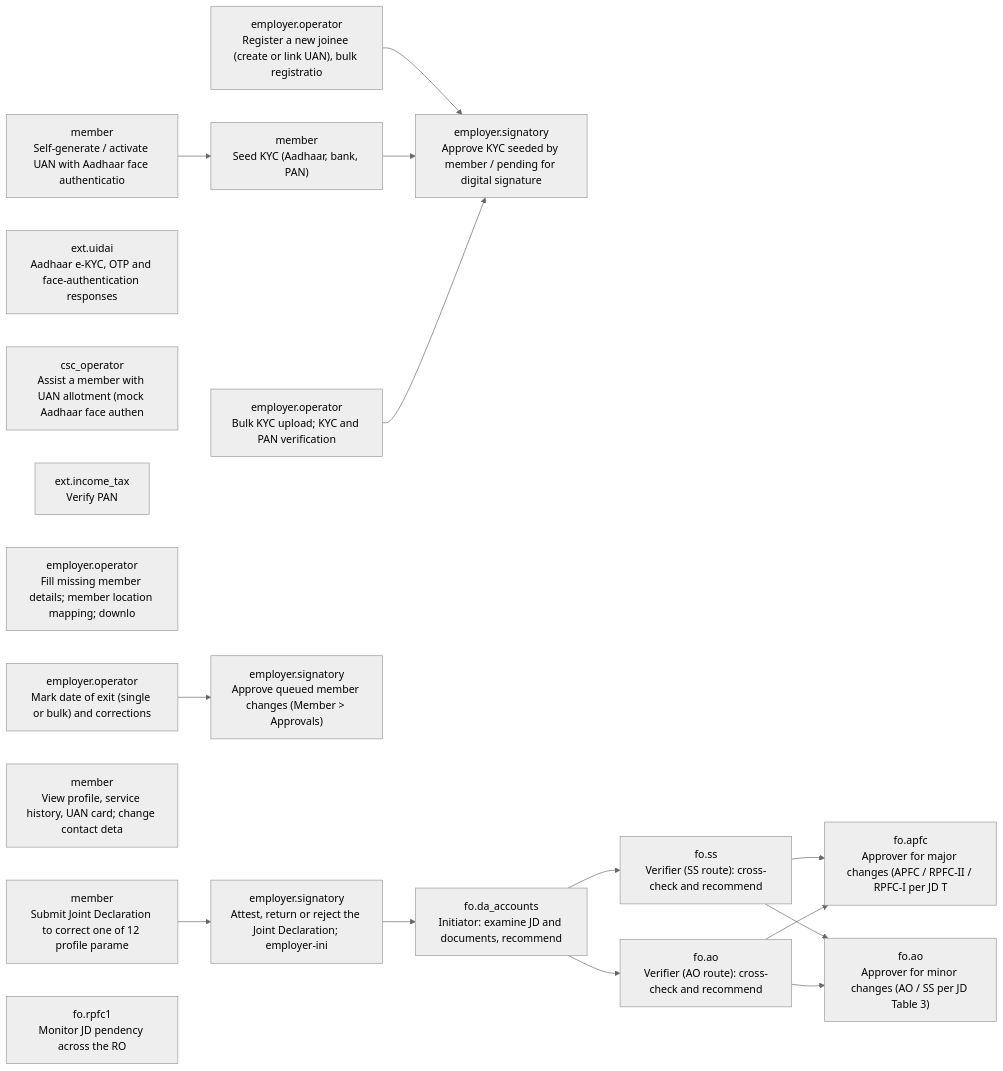
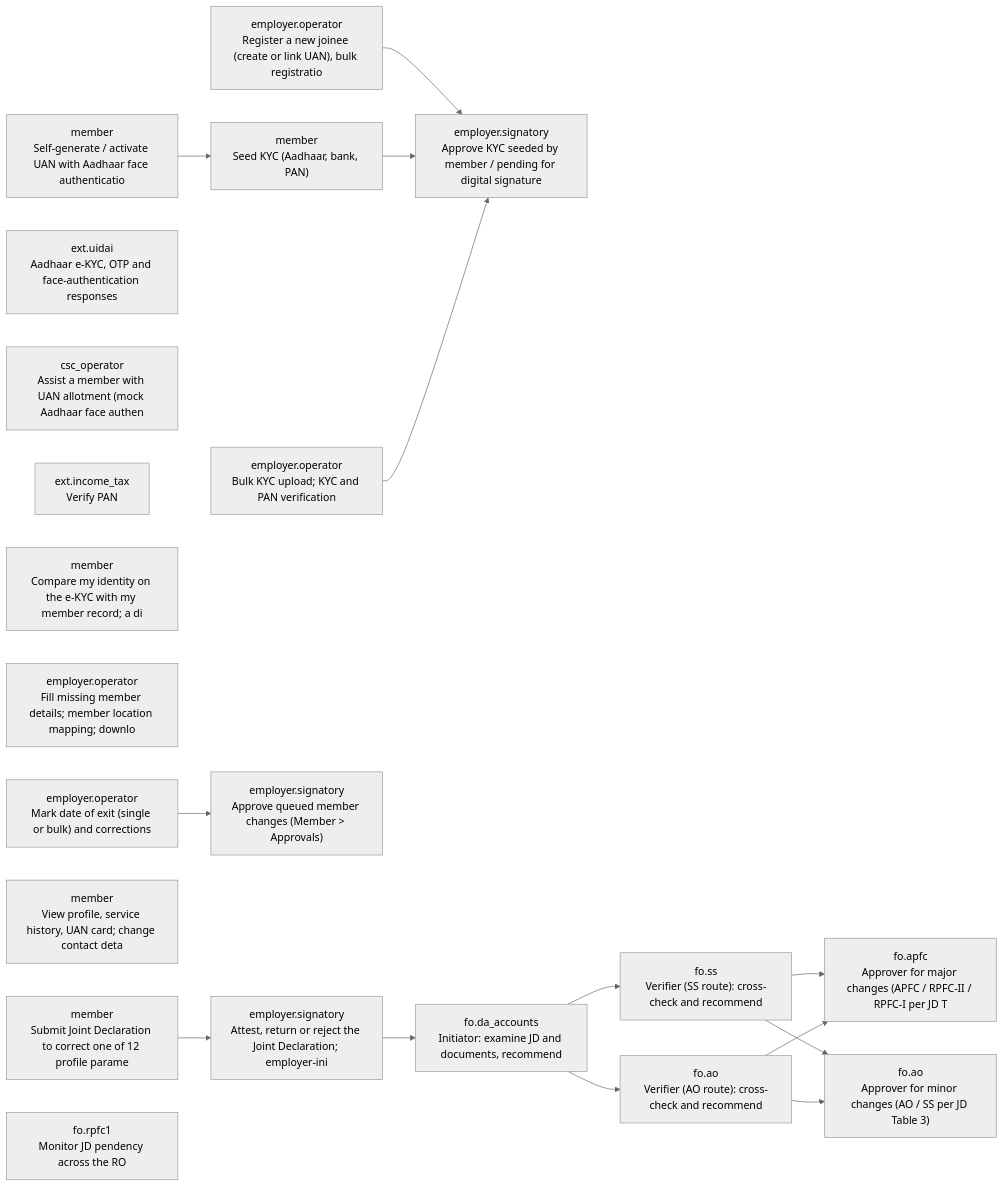
The second of 14 diagrams in docs/stakeholder-api-sets.md (gauravmeena0708/pf-life), drawn with Mermaid (neutral theme) before and after one commit. The commit also changed other lines of this file and 15 other files, not shown here.

Commit message:
P2.19: the new office and member endpoints in the catalogue (SCWF, mergers, family beneficiaries, identity checks); generated routes, contracts and permissions

````diff
--- a/docs/stakeholder-api-sets.md
+++ b/docs/stakeholder-api-sets.md
@@ -1617,36 +1630,37 @@
 ```mermaid
 flowchart LR
   F02_register["employer.operator<br/>Register a new joinee (create or link UAN), bulk registratio"]
   F02_uan_self["member<br/>Self-generate / activate UAN with Aadhaar face authenticatio"]
   F02_uidai["ext.uidai<br/>Aadhaar e-KYC, OTP and face-authentication responses"]
   F02_csc_assist["csc_operator<br/>Assist a member with UAN allotment (mock Aadhaar face authen"]
   F02_kyc_seed["member<br/>Seed KYC (Aadhaar, bank, PAN)"]
   F02_kyc_approve["employer.signatory<br/>Approve KYC seeded by member / pending for digital signature"]
   F02_pan_verify["ext.income_tax<br/>Verify PAN"]
   F02_kyc_bulk["employer.operator<br/>Bulk KYC upload; KYC and PAN verification"]
+  F02_identity_check["member<br/>Compare my identity on the e-KYC with my member record; a di"]
   F02_missing_details["employer.operator<br/>Fill missing member details; member location mapping; downlo"]
   F02_exit["employer.operator<br/>Mark date of exit (single or bulk) and corrections"]
   F02_employer_approvals["employer.signatory<br/>Approve queued member changes (Member > Approvals)"]
   F02_self_service["member<br/>View profile, service history, UAN card; change contact deta"]
   F02_jd_submit["member<br/>Submit Joint Declaration to correct one of 12 profile parame"]
   F02_jd_attest["employer.signatory<br/>Attest, return or reject the Joint Declaration; employer-ini"]
   F02_jd_initiate["fo.da_accounts<br/>Initiator: examine JD and documents, recommend"]
   F02_jd_verify["fo.ss<br/>Verifier (SS route): cross-check and recommend"]
   F02_jd_verify_ao["fo.ao<br/>Verifier (AO route): cross-check and recommend"]
   F02_jd_approve["fo.apfc<br/>Approver for major changes (APFC / RPFC-II / RPFC-I per JD T"]
   F02_jd_approve_minor["fo.ao<br/>Approver for minor changes (AO / SS per JD Table 3)"]
   F02_jd_monitor["fo.rpfc1<br/>Monitor JD pendency across the RO"]
   F02_register --> F02_kyc_approve
   F02_uan_self --> F02_kyc_seed
   F02_kyc_seed --> F02_kyc_approve
   F02_kyc_bulk --> F02_kyc_approve
   F02_exit --> F02_employer_approvals
   F02_jd_submit --> F02_jd_attest
   F02_jd_attest --> F02_jd_initiate
   F02_jd_initiate --> F02_jd_verify
   F02_jd_initiate --> F02_jd_verify_ao
   F02_jd_verify --> F02_jd_approve
   F02_jd_verify --> F02_jd_approve_minor
   F02_jd_verify_ao --> F02_jd_approve
   F02_jd_verify_ao --> F02_jd_approve_minor
 ```
````
